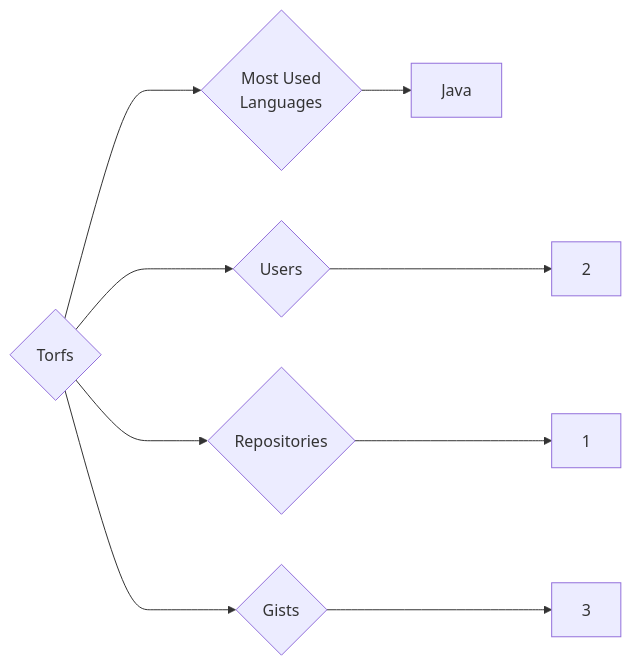
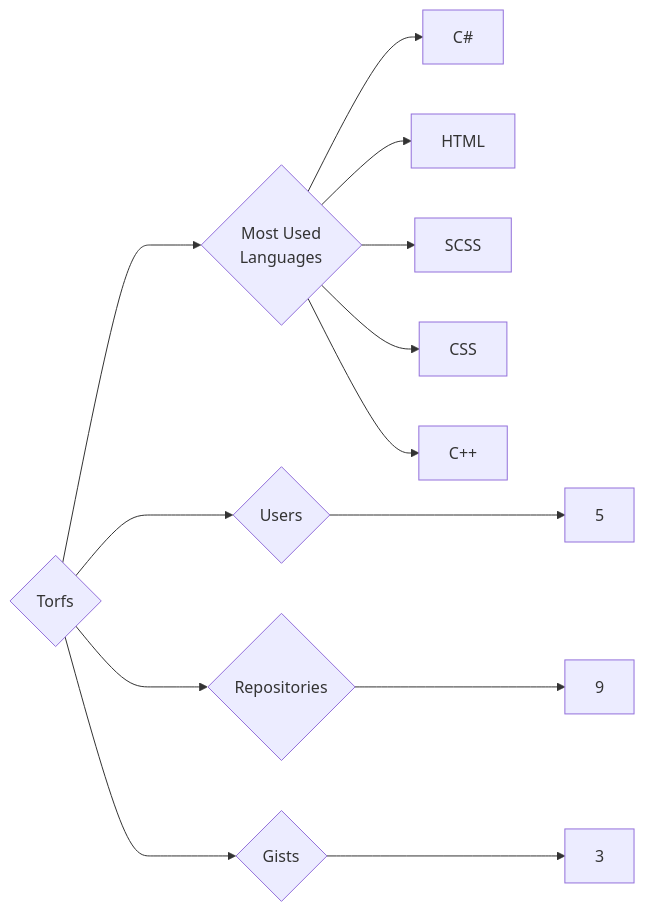
One commit to trickest/insiders changed the diagram in targets/Torfs/README.md. Above: the diagram before and after it, drawn with Mermaid. The commit also changed 878 other files, not shown here.

````diff
--- a/targets/Torfs/README.md
+++ b/targets/Torfs/README.md
@@ -3,9 +3,13 @@
 ```mermaid
 graph LR
 COMPANY_NAME{Torfs}
-COMPANY_NAME ---> U{Users} ---> UN[2]
-COMPANY_NAME ---> R{Repositories} ---> RN[1]
+COMPANY_NAME ---> U{Users} ---> UN[5]
+COMPANY_NAME ---> R{Repositories} ---> RN[9]
 COMPANY_NAME ---> G{Gists} ---> GN[3]
 COMPANY_NAME ---> ML{Most Used<br>Languages}
-ML --> Java[Java]
+ML --> C#[C#]
+ML --> HTML[HTML]
+ML --> SCSS[SCSS]
+ML --> CSS[CSS]
+ML --> C++[C++]
 ```
````
